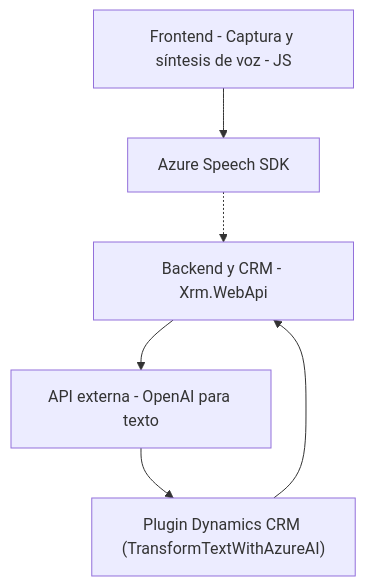
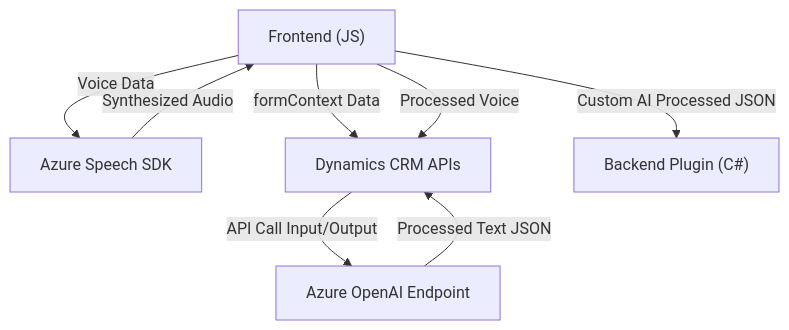
Before and after one commit to blopezdm/NETCORE_BILBAO2025: the diagram in README.md, drawn with Mermaid. The commit also changed other lines of this file, not shown here.

````diff
--- a/README.md
+++ b/README.md
@@ -56,14 +29,16 @@
 ```mermaid
 graph TD
-    A["Frontend - Captura y síntesis de voz - JS"]
-    B["Azure Speech SDK"]
-    C["API externa - OpenAI para texto"]
-    D["Plugin Dynamics CRM (TransformTextWithAzureAI)"]
-    E["Backend y CRM - Xrm.WebApi"]
-    
-    A --> B
-    B -.-> E
-    E --> C
-    C --> D
-    D --> E
+  A["Frontend (JS)"]
+  B["Azure Speech SDK"]
+  C["Dynamics CRM APIs"]
+  D["Azure OpenAI Endpoint"]
+  E["Backend Plugin (C#)"]
+
+  A -->|Voice Data| B
+  A -->|formContext Data| C
+  B -->|Synthesized Audio| A
+  A -->|Processed Voice| C
+  C -->|API Call Input/Output| D
+  D -->|Processed Text JSON| C
+  A -->|"Custom AI Processed JSON"| E
 ```
````
